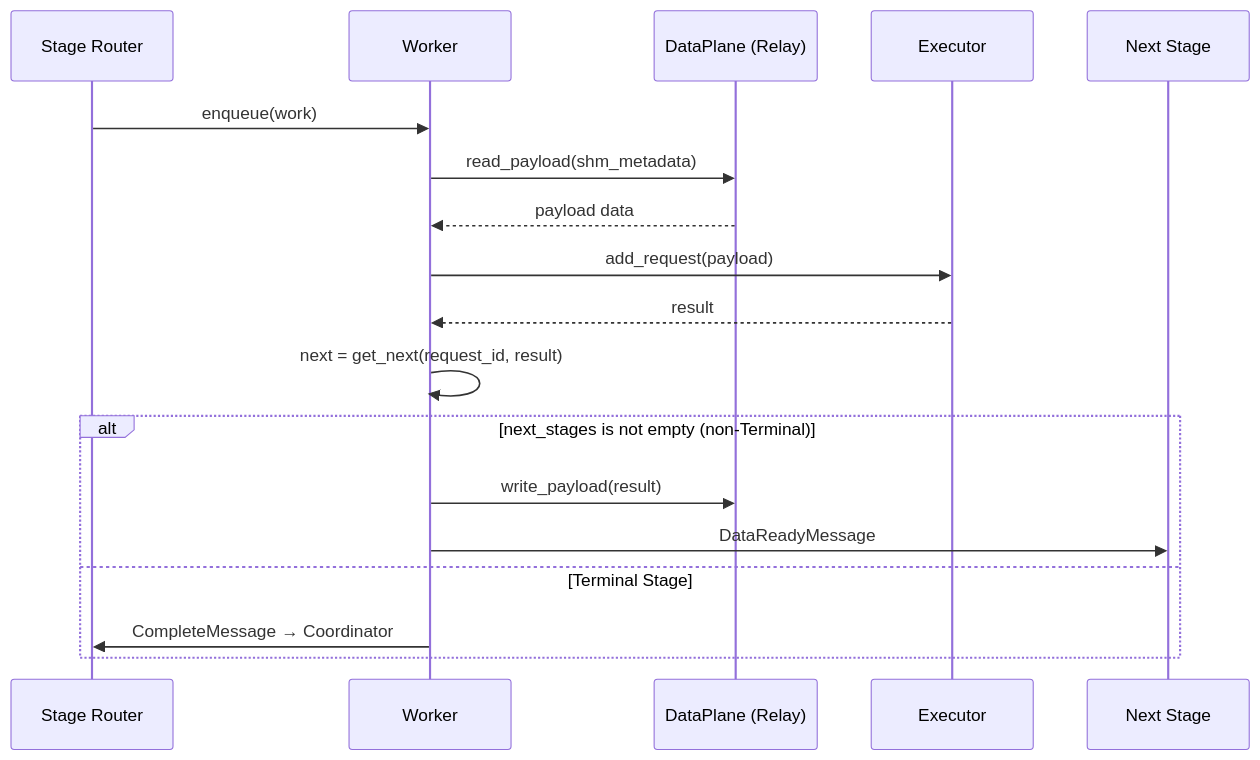
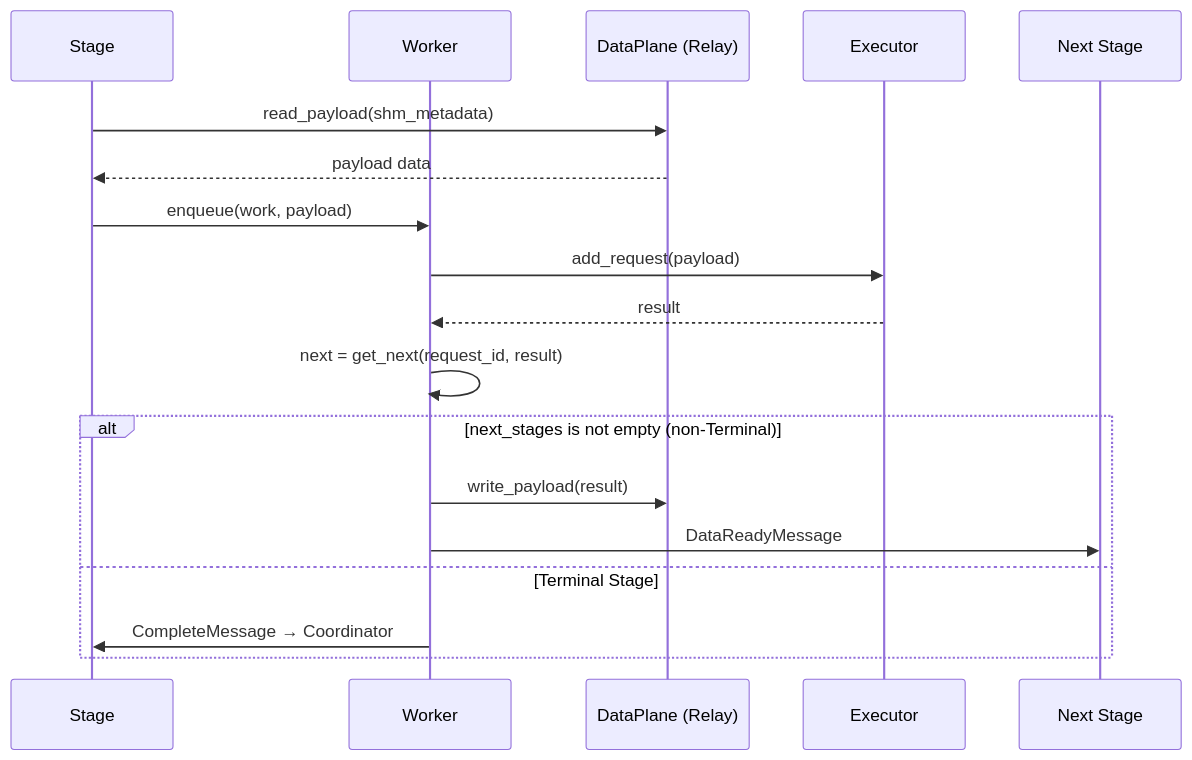
Before and after one commit to zhaochenyang20/Awesome-ML-SYS-Tutorial: the ninth of 22 diagrams in sglang/sglang-omni/README.md, drawn with Mermaid. The commit also changed other lines of this file and 2 other files, not shown here.

````diff
--- a/sglang/sglang-omni/README.md
+++ b/sglang/sglang-omni/README.md
@@ -518,22 +516,22 @@
 ```mermaid
 sequenceDiagram
-    participant S as Stage Router
+    participant S as Stage
     participant W as Worker
     participant DP as DataPlane (Relay)
     participant E as Executor
     participant Next as Next Stage
 
-    S->>W: enqueue(work)
-    W->>DP: read_payload(shm_metadata)
-    DP-->>W: payload data
+    S->>DP: read_payload(shm_metadata)
+    DP-->>S: payload data
+    S->>W: enqueue(work, payload)
     W->>E: add_request(payload)
     E-->>W: result
     W->>W: next = get_next(request_id, result)
 
     alt next_stages is not empty (non-Terminal)
         W->>DP: write_payload(result)
         W->>Next: DataReadyMessage
     else Terminal Stage
         W->>S: CompleteMessage → Coordinator
     end
 ```
````
